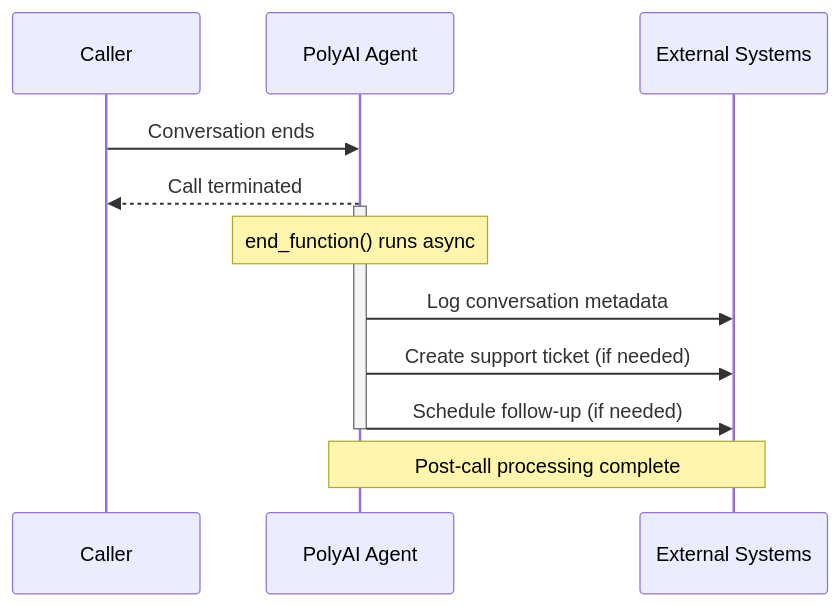
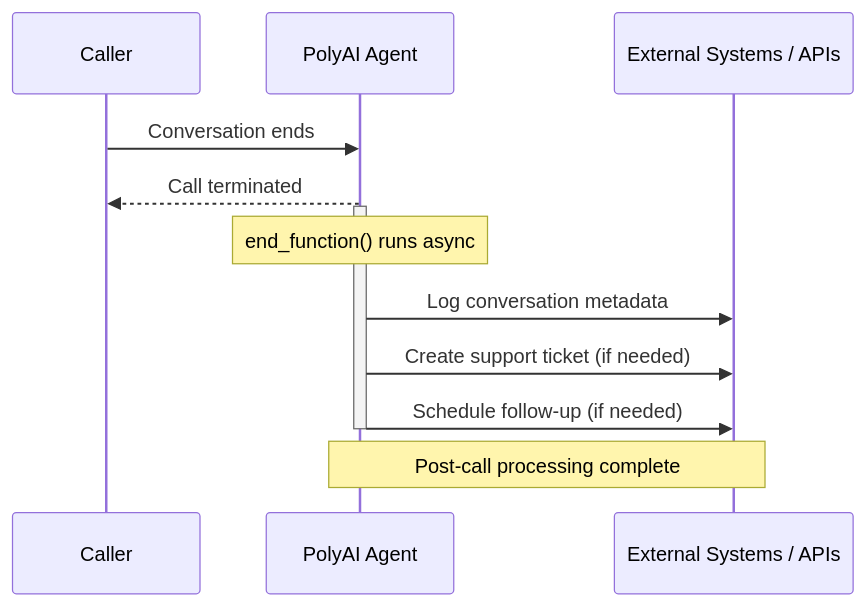
One commit to PolyAI-LDN/polyai-mintlify-doc changed the diagram in function/end-function.mdx. Above: the diagram before and after it, drawn with Mermaid. The commit also changed other lines of this file and 1 other file, not shown here.

````diff
--- a/function/end-function.mdx
+++ b/function/end-function.mdx
@@ -7,16 +10,16 @@
 ```mermaid
 sequenceDiagram
     participant Caller
     participant PolyAI as PolyAI Agent
-    participant CRM as External Systems
+    participant Ext as External Systems / APIs
 
     Caller->>PolyAI: Conversation ends
     PolyAI-->>Caller: Call terminated
     activate PolyAI
     Note over PolyAI: end_function() runs async
-    PolyAI->>CRM: Log conversation metadata
-    PolyAI->>CRM: Create support ticket (if needed)
-    PolyAI->>CRM: Schedule follow-up (if needed)
+    PolyAI->>Ext: Log conversation metadata
+    PolyAI->>Ext: Create support ticket (if needed)
+    PolyAI->>Ext: Schedule follow-up (if needed)
     deactivate PolyAI
-    Note over PolyAI,CRM: Post-call processing complete
+    Note over PolyAI,Ext: Post-call processing complete
 ```
````
